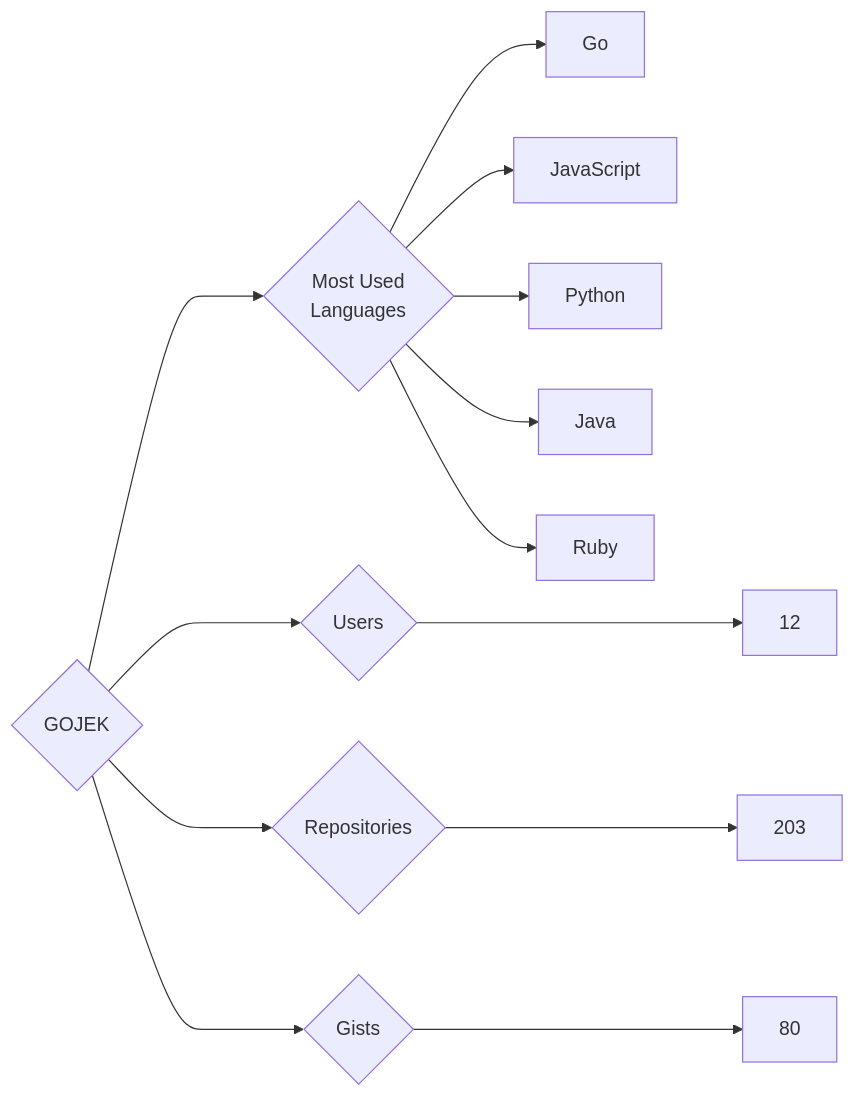
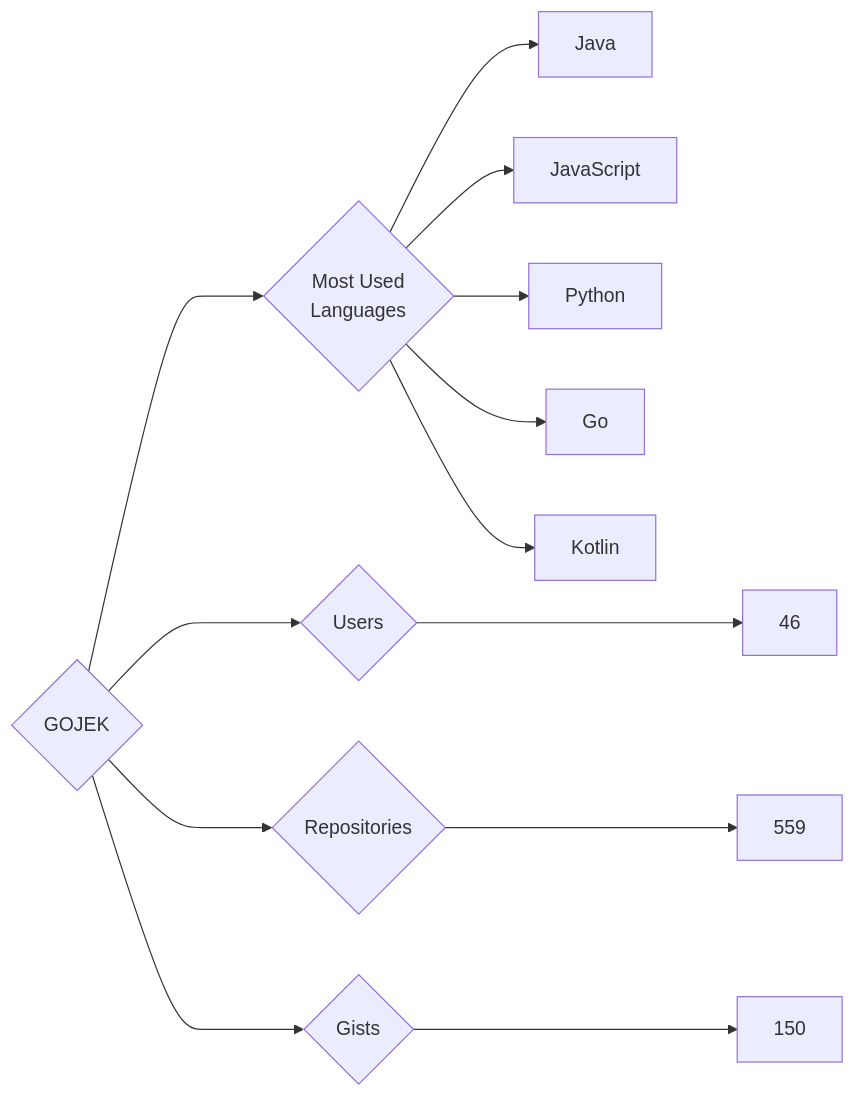
The diagram in targets/GOJEK/README.md (trickest/insiders), drawn with Mermaid before and after one commit. The commit also changed 773 other files, not shown here.

````diff
--- a/targets/GOJEK/README.md
+++ b/targets/GOJEK/README.md
@@ -3,13 +3,13 @@
 ```mermaid
 graph LR
 COMPANY_NAME{GOJEK}
-COMPANY_NAME ---> U{Users} ---> UN[12]
-COMPANY_NAME ---> R{Repositories} ---> RN[203]
-COMPANY_NAME ---> G{Gists} ---> GN[80]
+COMPANY_NAME ---> U{Users} ---> UN[46]
+COMPANY_NAME ---> R{Repositories} ---> RN[559]
+COMPANY_NAME ---> G{Gists} ---> GN[150]
 COMPANY_NAME ---> ML{Most Used<br>Languages}
-ML --> Go[Go]
+ML --> Java[Java]
 ML --> JavaScript[JavaScript]
 ML --> Python[Python]
-ML --> Java[Java]
-ML --> Ruby[Ruby]
+ML --> Go[Go]
+ML --> Kotlin[Kotlin]
 ```
````
